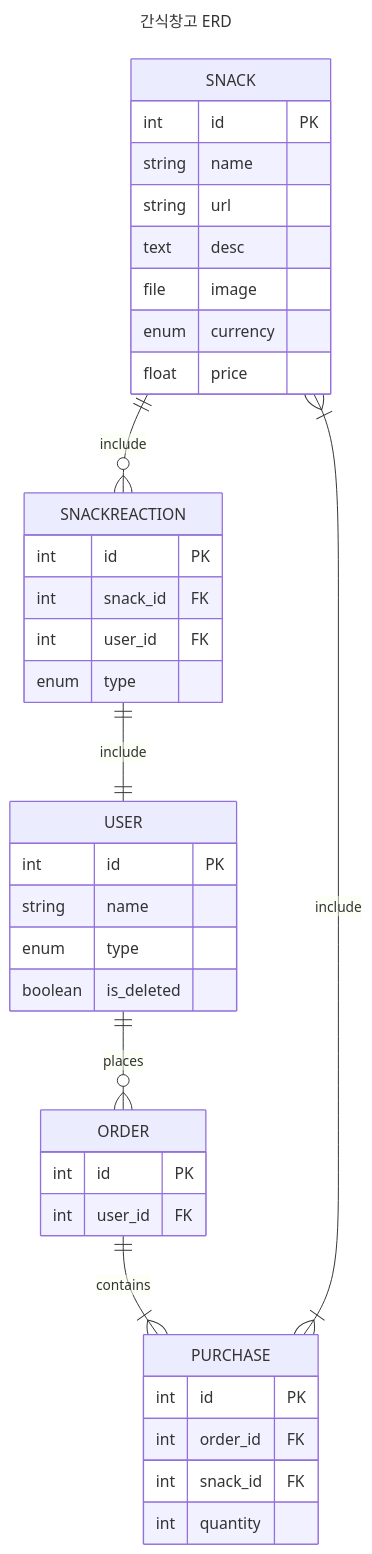
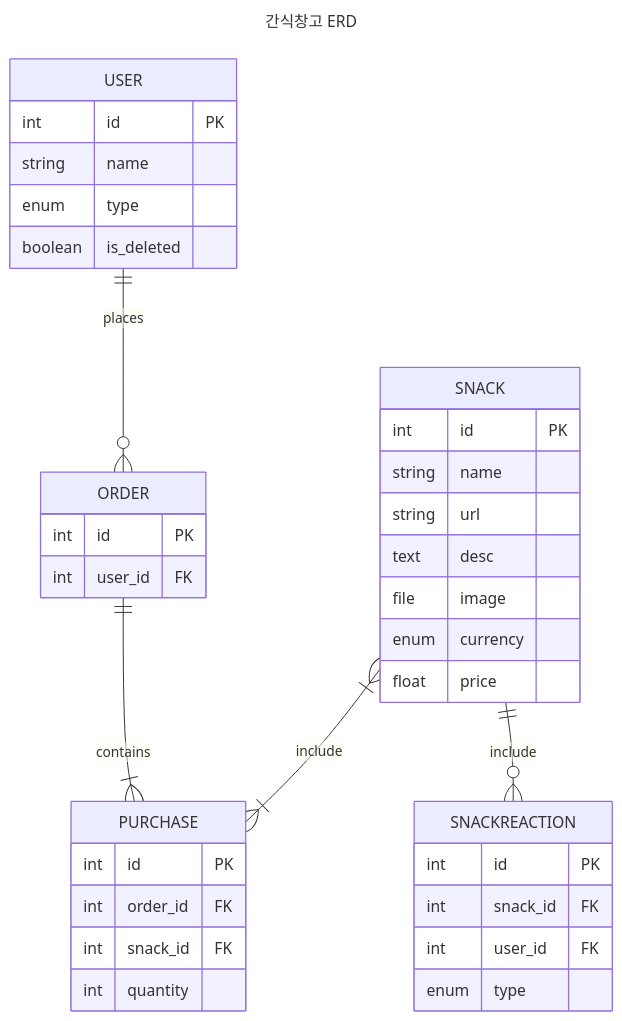
One commit to orchwang/snack-manager-server changed the sixth of 6 diagrams in README.md. Above: the diagram before and after it, drawn with Mermaid. The commit also changed other lines of this file and 6 other files, not shown here.

Commit message:
Add state flow mixin for order status

````diff
--- a/README.md
+++ b/README.md
@@ -368,43 +407,42 @@
 ```mermaid
 ---
 title: 간식창고 ERD
 ---
 erDiagram
     USER ||--o{ ORDER : places
     ORDER ||--|{ PURCHASE: contains 
     SNACK }|--|{ PURCHASE: include
     SNACK ||--o{ SNACKREACTION: include
-    SNACKREACTION ||--|| USER: include
 
     USER {
         int id PK
         string name
         enum type
         boolean is_deleted
     }
     ORDER {
         int id PK
         int user_id FK
     }
     PURCHASE {
         int id PK
         int order_id FK
         int snack_id FK
         int quantity
     }
     SNACK {
         int id PK
         string name
         string url
         text desc 
         file image
         enum currency
         float price
     }
     SNACKREACTION {
         int id PK
         int snack_id FK
         int user_id FK
         enum type 
     }
 ```
````
